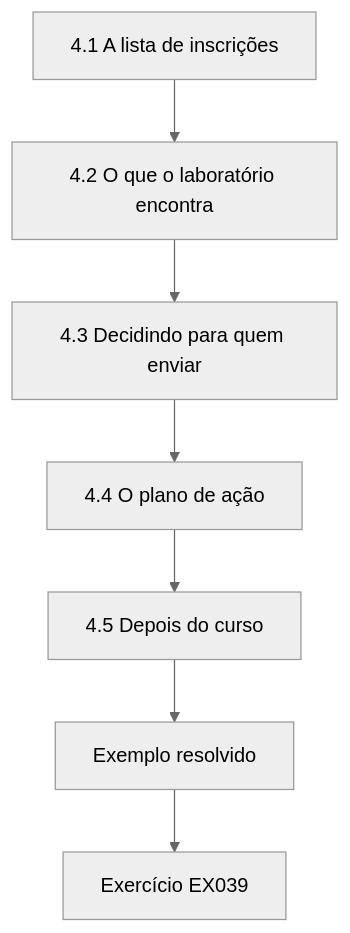
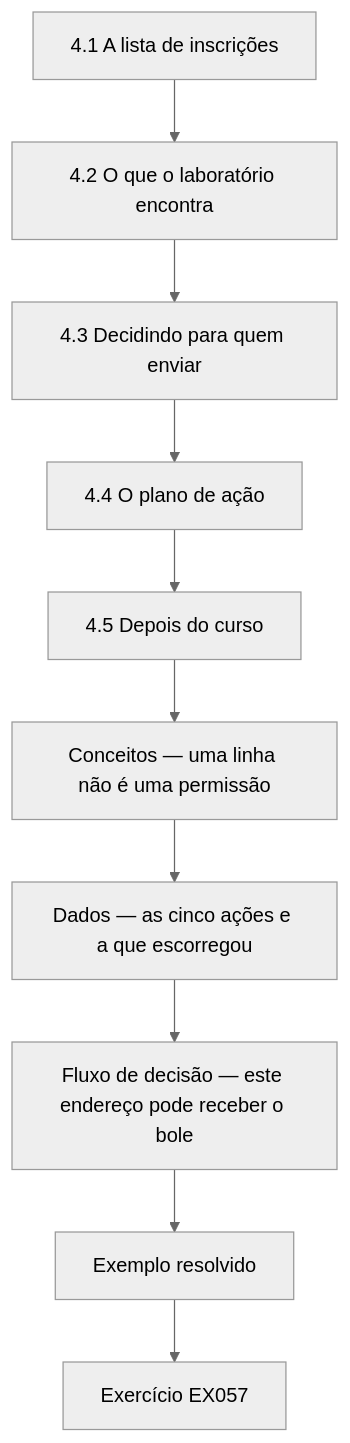
One commit to hiagokinlevi/CyKin changed the tenth of 12 diagrams in levels/rapid-1-month/data-governance/pt/book/MANUSCRIPT.md. Above: the diagram before and after it, drawn with Mermaid (neutral theme). The commit also changed other lines of this file and 1 other file, not shown here.

````diff
--- a/levels/rapid-1-month/data-governance/pt/book/MANUSCRIPT.md
+++ b/levels/rapid-1-month/data-governance/pt/book/MANUSCRIPT.md
@@ -380,11 +581,14 @@
 ```mermaid
 flowchart TD
   N0["4.1 A lista de inscrições"]
   N1["4.2 O que o laboratório encontra"]
   N2["4.3 Decidindo para quem enviar"]
   N3["4.4 O plano de ação"]
   N4["4.5 Depois do curso"]
-  N0 --> N1 --> N2 --> N3 --> N4
-  N4 --> EX["Exemplo resolvido"]
-  EX --> Q["Exercício EX039"]
+  N5["Conceitos — uma linha não é uma permissão"]
+  N6["Dados — as cinco ações e a que escorregou"]
+  N7["Fluxo de decisão — este endereço pode receber o bole"]
+  N0 --> N1 --> N2 --> N3 --> N4 --> N5 --> N6 --> N7
+  N7 --> EX["Exemplo resolvido"]
+  EX --> Q["Exercício EX057"]
 ```
````
